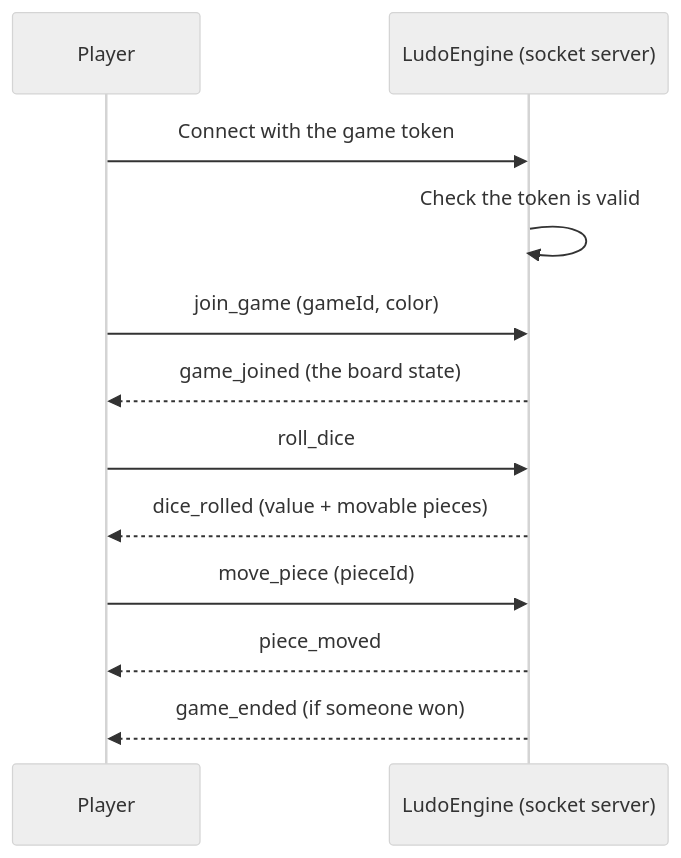
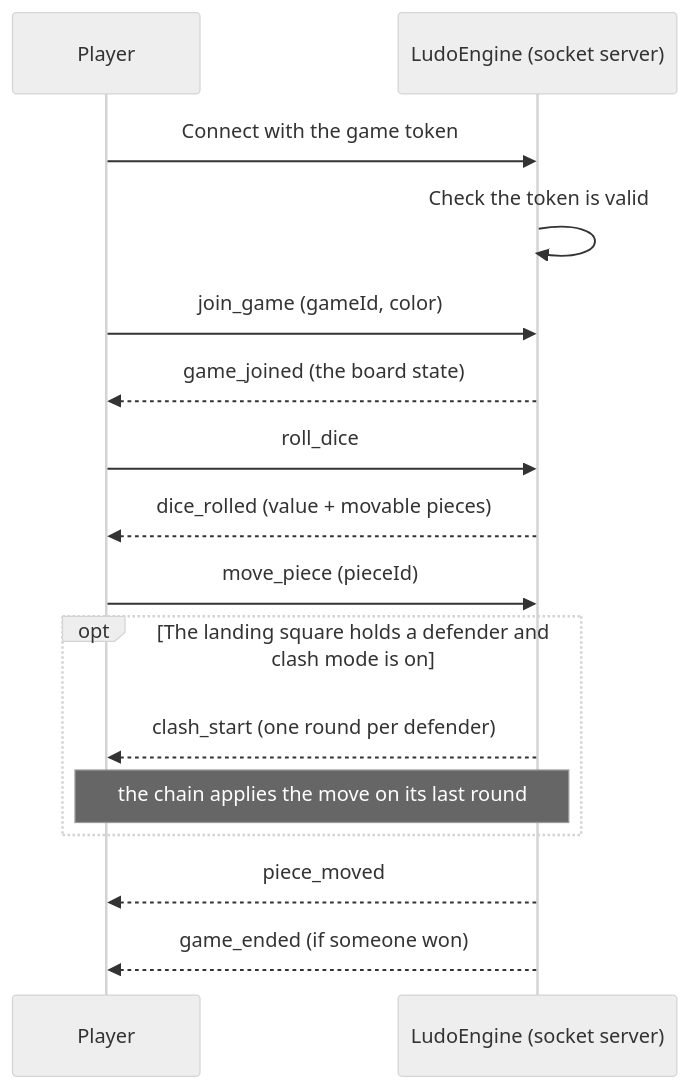
Before and after one commit to IrmaJoKerr/ft_transcendence-ludo: the diagram in docs/ludo-engine/ludo-engine-socket-system.md, drawn with Mermaid (neutral theme). The commit also changed other lines of this file and 30 other files, not shown here.

````diff
--- a/docs/ludo-engine/ludo-engine-socket-system.md
+++ b/docs/ludo-engine/ludo-engine-socket-system.md
@@ -224,15 +227,19 @@
 ```mermaid
 sequenceDiagram
     participant Player
     participant Engine as LudoEngine (socket server)
 
     Player->>Engine: Connect with the game token
     Engine->>Engine: Check the token is valid
     Player->>Engine: join_game (gameId, color)
     Engine-->>Player: game_joined (the board state)
     Player->>Engine: roll_dice
     Engine-->>Player: dice_rolled (value + movable pieces)
     Player->>Engine: move_piece (pieceId)
+    opt The landing square holds a defender and clash mode is on
+        Engine-->>Player: clash_start (one round per defender)
+        Note over Player,Engine: the chain applies the move on its last round
+    end
     Engine-->>Player: piece_moved
     Engine-->>Player: game_ended (if someone won)
 ```
````
